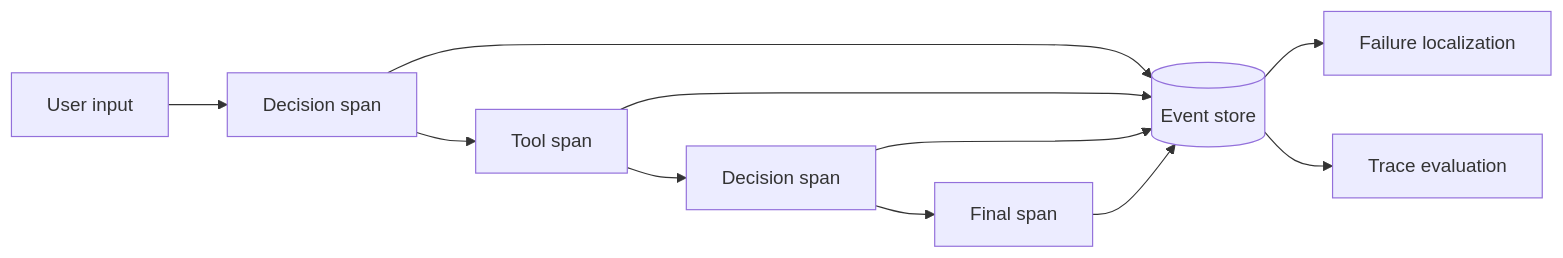
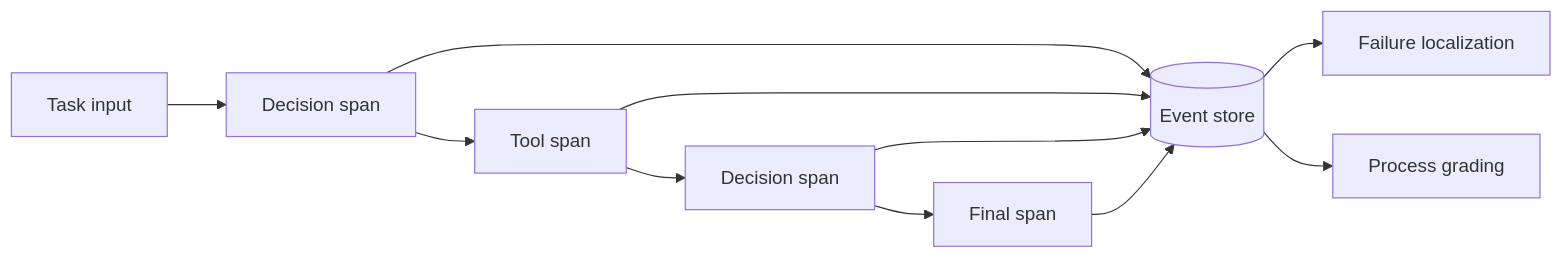
Before and after one commit to Jichao0101/Knowledge-Base: the third of 4 diagrams in 02_Projects/AI-Career-Transition/Agent开发系统学习文档.md, drawn with Mermaid. The commit also changed other lines of this file, not shown here.

````diff
--- a/02_Projects/AI-Career-Transition/Agent开发系统学习文档.md
+++ b/02_Projects/AI-Career-Transition/Agent开发系统学习文档.md
@@ -744,13 +512,13 @@
 ```mermaid
 flowchart LR
-    UI[User input] --> D1[Decision span]
+    UI[Task input] --> D1[Decision span]
     D1 --> T1[Tool span]
     T1 --> D2[Decision span]
     D2 --> F[Final span]
     D1 --> E[(Event store)]
     T1 --> E
     D2 --> E
     F --> E
     E --> DBG[Failure localization]
-    E --> EV[Trace evaluation]
+    E --> EV[Process grading]
 ```
````
